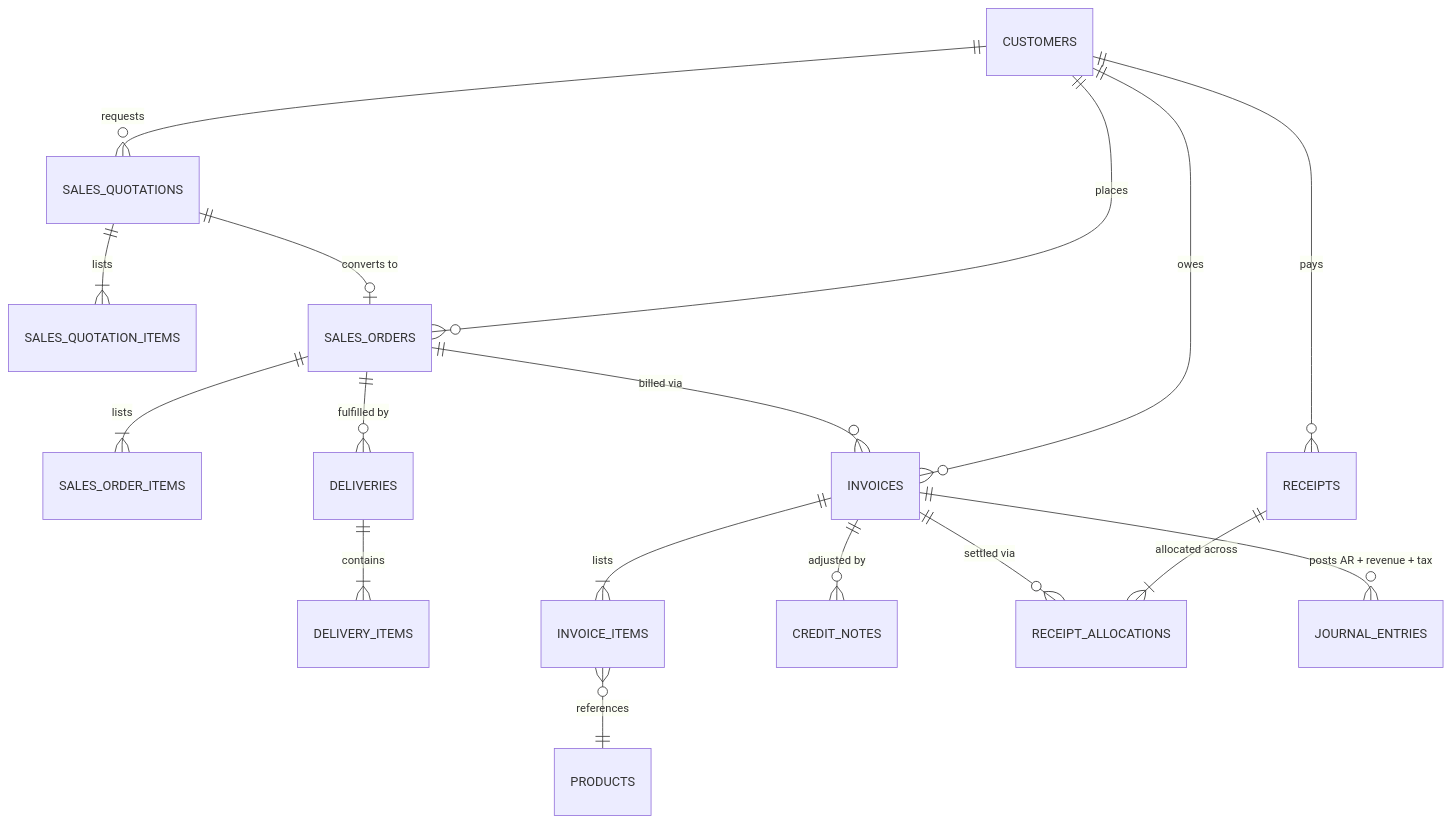
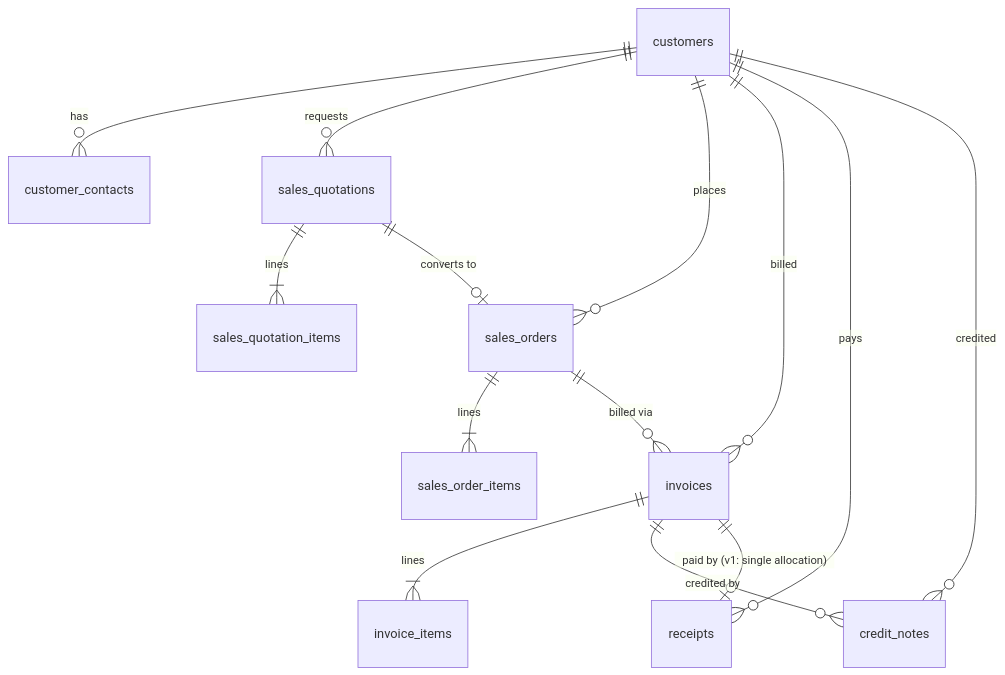
One commit to alievin0/QAYD changed the sixth of 17 diagrams in docs/database/ERD.md. Above: the diagram before and after it, drawn with Mermaid. The commit also changed other lines of this file and 8 other files, not shown here.

````diff
--- a/docs/database/ERD.md
+++ b/docs/database/ERD.md
@@ -438,19 +1868,16 @@
 ```mermaid
 erDiagram
-    CUSTOMERS ||--o{ SALES_QUOTATIONS : "requests"
-    SALES_QUOTATIONS ||--|{ SALES_QUOTATION_ITEMS : "lists"
-    SALES_QUOTATIONS ||--o| SALES_ORDERS : "converts to"
-    CUSTOMERS ||--o{ SALES_ORDERS : "places"
-    SALES_ORDERS ||--|{ SALES_ORDER_ITEMS : "lists"
-    SALES_ORDERS ||--o{ DELIVERIES : "fulfilled by"
-    DELIVERIES ||--|{ DELIVERY_ITEMS : "contains"
-    SALES_ORDERS ||--o{ INVOICES : "billed via"
-    CUSTOMERS ||--o{ INVOICES : "owes"
-    INVOICES ||--|{ INVOICE_ITEMS : "lists"
-    INVOICE_ITEMS }o--|| PRODUCTS : "references"
-    INVOICES ||--o{ CREDIT_NOTES : "adjusted by"
-    INVOICES ||--o{ RECEIPT_ALLOCATIONS : "settled via"
-    RECEIPTS ||--|{ RECEIPT_ALLOCATIONS : "allocated across"
-    CUSTOMERS ||--o{ RECEIPTS : "pays"
-    INVOICES ||--o{ JOURNAL_ENTRIES : "posts AR + revenue + tax"
+    customers ||--o{ customer_contacts : "has"
+    customers ||--o{ sales_quotations : "requests"
+    customers ||--o{ sales_orders : "places"
+    customers ||--o{ invoices : "billed"
+    customers ||--o{ receipts : "pays"
+    customers ||--o{ credit_notes : "credited"
+    sales_quotations ||--|{ sales_quotation_items : "lines"
+    sales_quotations ||--o| sales_orders : "converts to"
+    sales_orders ||--|{ sales_order_items : "lines"
+    sales_orders ||--o{ invoices : "billed via"
+    invoices ||--|{ invoice_items : "lines"
+    invoices ||--o{ credit_notes : "credited by"
+    invoices ||--o| receipts : "paid by (v1: single allocation)"
 ```
````
